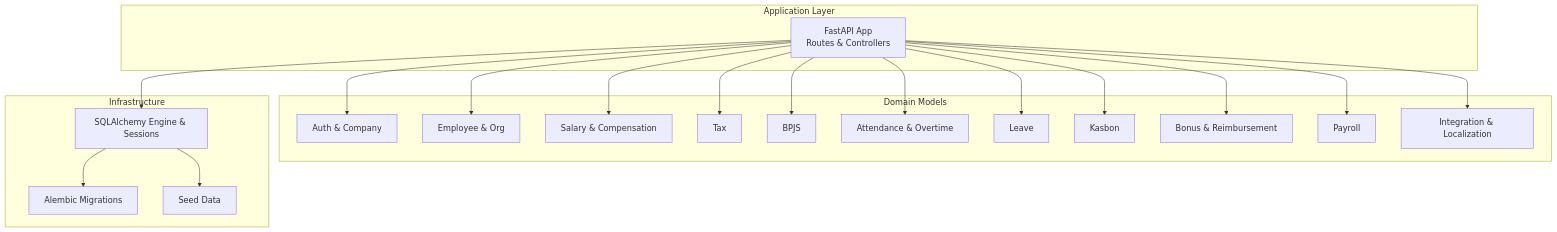
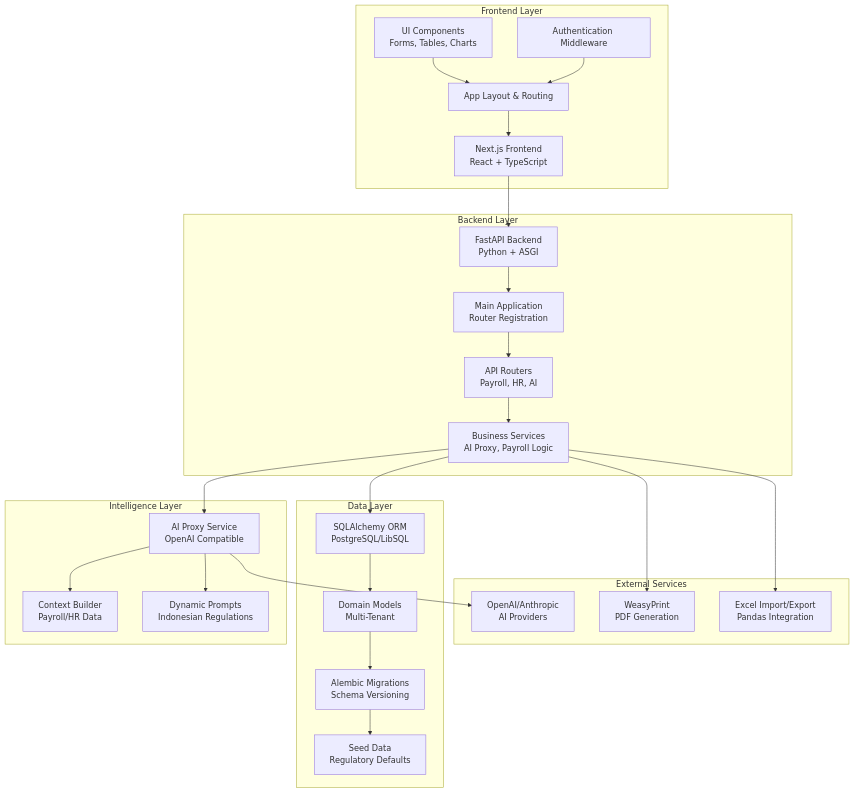
Before and after one commit to bikinaplikasipakeqoder-dot/payroll-hris: the first of 3 diagrams in .qoder/repowiki/en/content/Project Overview.md, drawn with Mermaid. The commit also changed other lines of this file and 22 other files, not shown here.

Commit message:
feat: show monthly attendance summary per employee with detail modal

````diff
--- a/.qoder/repowiki/en/content/Project Overview.md
+++ b/.qoder/repowiki/en/content/Project Overview.md
@@ -53,38 +70,48 @@
 ```mermaid
 graph TB
-subgraph "Application Layer"
-API["FastAPI App<br/>Routes & Controllers"]
+subgraph "Frontend Layer"
+NEXTJS["Next.js Frontend<br/>React + TypeScript"]
+LAYOUT["App Layout & Routing"]
+COMPONENTS["UI Components<br/>Forms, Tables, Charts"]
+MIDDLEWARE["Authentication Middleware"]
 end
-subgraph "Domain Models"
-AUTH["Auth & Company"]
-EMP["Employee & Org"]
-SAL["Salary & Compensation"]
-TAX["Tax"]
-BPJS["BPJS"]
-ATT["Attendance & Overtime"]
-LEAVE["Leave"]
-KASBON["Kasbon"]
-BONUS["Bonus & Reimbursement"]
-PAY["Payroll"]
-INT["Integration & Localization"]
+subgraph "Backend Layer"
+FASTAPI["FastAPI Backend<br/>Python + ASGI"]
+MAIN["Main Application<br/>Router Registration"]
+Routers["API Routers<br/>Payroll, HR, AI"]
+SERVICES["Business Services<br/>AI Proxy, Payroll Logic"]
 end
-subgraph "Infrastructure"
-DB["SQLAlchemy Engine & Sessions"]
-ALEMBIC["Alembic Migrations"]
-SEED["Seed Data"]
+subgraph "Intelligence Layer"
+AI_SERVICE["AI Proxy Service<br/>OpenAI Compatible"]
+CONTEXT["Context Builder<br/>Payroll/HR Data"]
+PROMPTS["Dynamic Prompts<br/>Indonesian Regulations"]
 end
-API --> DB
-API --> AUTH
-API --> EMP
-API --> SAL
-API --> TAX
-API --> BPJS
-API --> ATT
-API --> LEAVE
-API --> KASBON
-API --> BONUS
-API --> PAY
-API --> INT
-DB --> ALEMBIC
-DB --> SEED
+subgraph "Data Layer"
+DATABASE["SQLAlchemy ORM<br/>PostgreSQL/LibSQL"]
+MODELS["Domain Models<br/>Multi-Tenant"]
+MIGRATIONS["Alembic Migrations<br/>Schema Versioning"]
+SEED["Seed Data<br/>Regulatory Defaults"]
+end
+subgraph "External Services"
+OPENAI["OpenAI/Anthropic<br/>AI Providers"]
+PDF["WeasyPrint<br/>PDF Generation"]
+EXCEL["Excel Import/Export<br/>Pandas Integration"]
+end
+NEXTJS --> FASTAPI
+LAYOUT --> NEXTJS
+COMPONENTS --> LAYOUT
+MIDDLEWARE --> LAYOUT
+FASTAPI --> MAIN
+MAIN --> Routers
+Routers --> SERVICES
+SERVICES --> AI_SERVICE
+AI_SERVICE --> CONTEXT
+AI_SERVICE --> PROMPTS
+AI_SERVICE --> OPENAI
+SERVICES --> DATABASE
+DATABASE --> MODELS
+MODELS --> MIGRATIONS
+MIGRATIONS --> SEED
+SERVICES --> PDF
+SERVICES --> EXCEL
 ```
````
